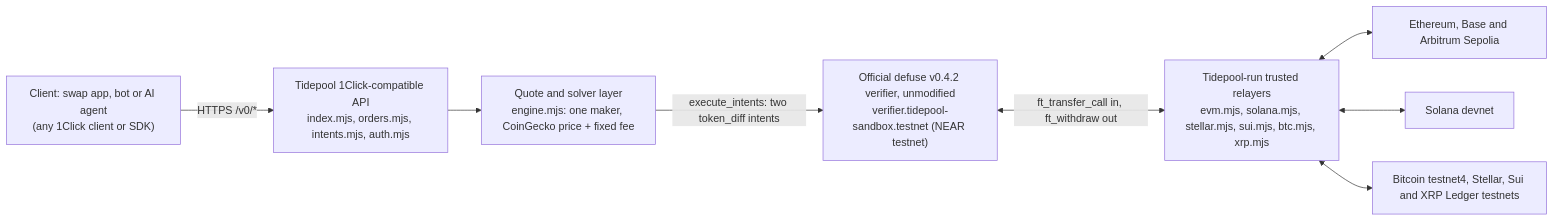
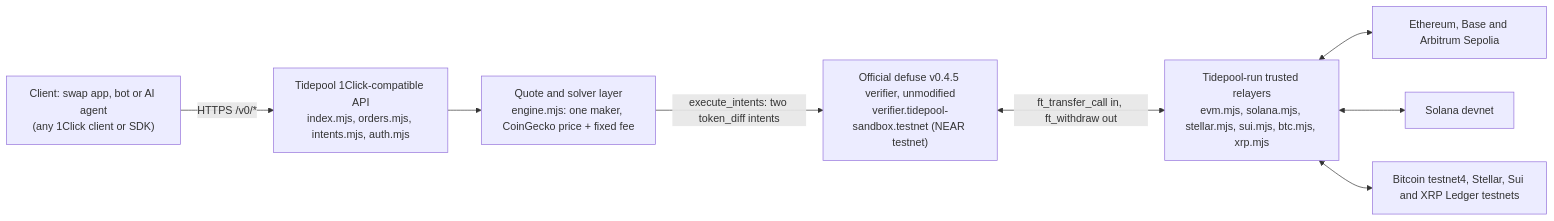
One commit to Watchmeecryt/tidepool changed the diagram in README.md. Above: the diagram before and after it, drawn with Mermaid. The commit also changed other lines of this file and 20 other files, not shown here.

First line of the commit message:
Verifier: upgrade NEAR Intents defuse v0.4.2 -> v0.4.5 (reproducible build, in-place upgrade)

````diff
--- a/README.md
+++ b/README.md
@@ -35,10 +35,10 @@
 ```mermaid
 flowchart LR
   C["Client: swap app, bot or AI agent<br/>(any 1Click client or SDK)"] -->|"HTTPS /v0/*"| A["Tidepool 1Click-compatible API<br/>index.mjs, orders.mjs, intents.mjs, auth.mjs"]
   A --> Q["Quote and solver layer<br/>engine.mjs: one maker, CoinGecko price + fixed fee"]
-  Q -->|"execute_intents: two token_diff intents"| V["Official defuse v0.4.2 verifier, unmodified<br/>verifier.tidepool-sandbox.testnet (NEAR testnet)"]
+  Q -->|"execute_intents: two token_diff intents"| V["Official defuse v0.4.5 verifier, unmodified<br/>verifier.tidepool-sandbox.testnet (NEAR testnet)"]
   V <-->|"ft_transfer_call in, ft_withdraw out"| B["Tidepool-run trusted relayers<br/>evm.mjs, solana.mjs, stellar.mjs, sui.mjs, btc.mjs, xrp.mjs"]
   B <--> E["Ethereum, Base and Arbitrum Sepolia"]
   B <--> S["Solana devnet"]
   B <--> O["Bitcoin testnet4, Stellar, Sui and XRP Ledger testnets"]
 ```
````
